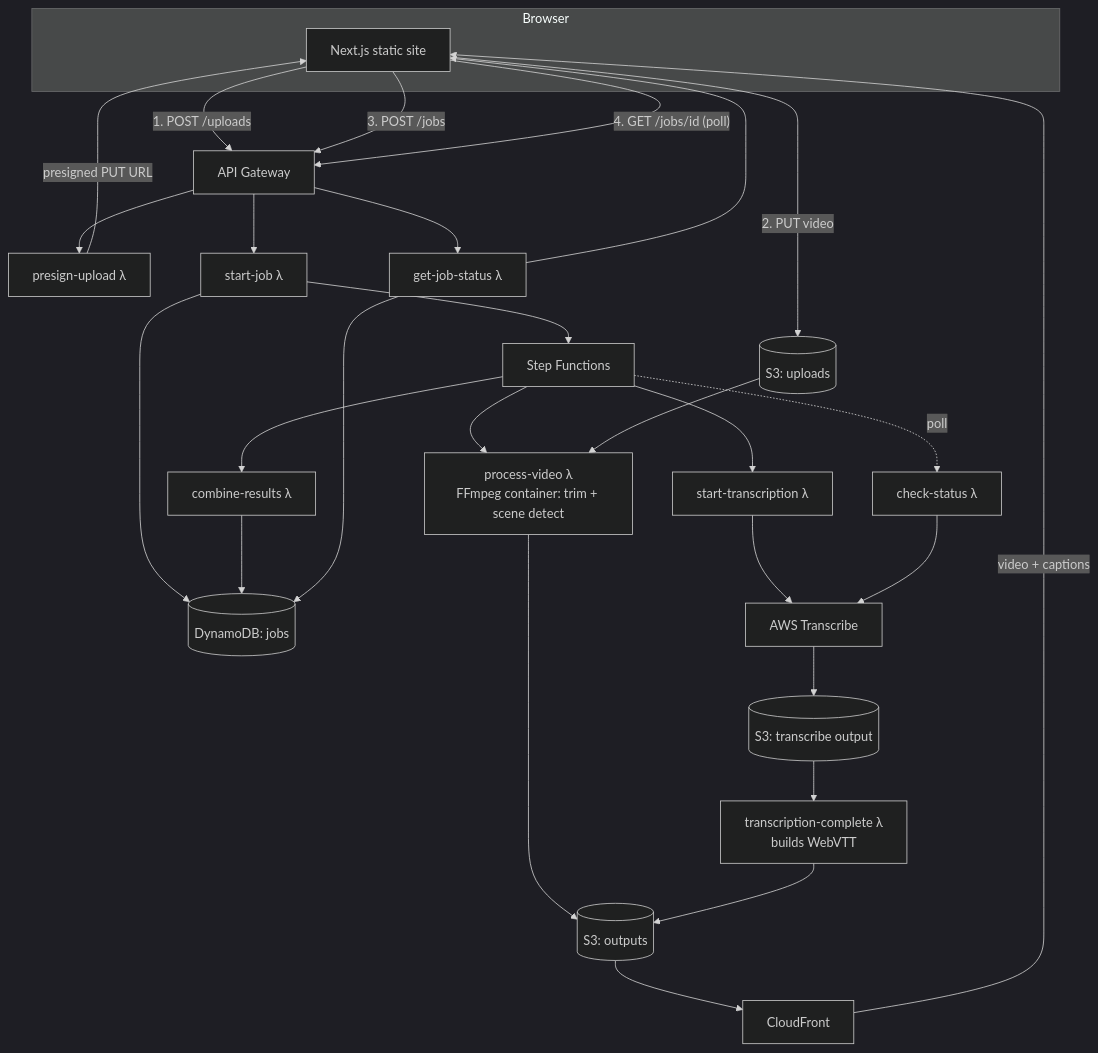
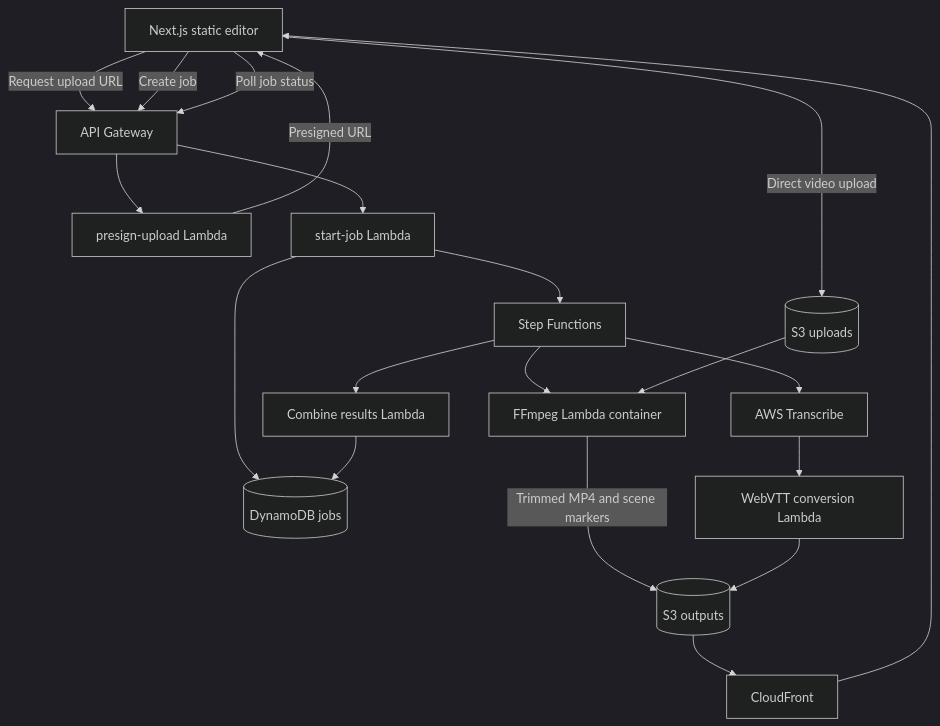
Before and after one commit to KrishTday/Cutmark: the diagram in README.md, drawn with Mermaid (dark theme). The commit also changed other lines of this file and 8 other files, not shown here.

````diff
--- a/README.md
+++ b/README.md
@@ -37,39 +32,22 @@
 ```mermaid
 flowchart TD
-    subgraph Browser
-        UI[Next.js static site]
-    end
-
-    UI -- "1. POST /uploads" --> API[API Gateway]
-    API --> Presign[presign-upload λ]
-    Presign -- presigned PUT URL --> UI
-    UI -- "2. PUT video" --> Uploads[(S3: uploads)]
-
-    UI -- "3. POST /jobs" --> API
-    API --> StartJob[start-job λ]
-    StartJob --> Jobs[(DynamoDB: jobs)]
-    StartJob --> SFN[Step Functions]
-
-    SFN --> Trim[process-video λ\nFFmpeg container: trim + scene detect]
-    Uploads --> Trim
-    Trim --> Outputs[(S3: outputs)]
-
-    SFN --> StartT[start-transcription λ]
-    StartT --> Transcribe[AWS Transcribe]
-    Transcribe --> TOut[(S3: transcribe output)]
-    SFN -. poll .-> CheckT[check-status λ]
-    CheckT --> Transcribe
-    TOut --> VTT[transcription-complete λ\nbuilds WebVTT]
-    VTT --> Outputs
-
-    SFN --> Combine[combine-results λ]
+    Browser[Next.js static editor] -->|Request upload URL| API[API Gateway]
+    API --> Presign[presign-upload Lambda]
+    Presign -->|Presigned URL| Browser
+    Browser -->|Direct video upload| Uploads[(S3 uploads)]
+    Browser -->|Create job| API
+    API --> Start[start-job Lambda]
+    Start --> Jobs[(DynamoDB jobs)]
+    Start --> SFN[Step Functions]
+    SFN --> Video[FFmpeg Lambda container]
+    Uploads --> Video
+    Video -->|Trimmed MP4 and scene markers| Output[(S3 outputs)]
+    SFN --> Transcribe[AWS Transcribe]
+    Transcribe --> VTT[WebVTT conversion Lambda]
+    VTT --> Output
+    SFN --> Combine[Combine results Lambda]
     Combine --> Jobs
-
-    UI -- "4. GET /jobs/id (poll)" --> API
-    API --> GetStatus[get-job-status λ]
-    GetStatus --> Jobs
-    GetStatus --> UI
-
-    Outputs --> CDN[CloudFront]
-    CDN -- video + captions --> UI
+    Browser -->|Poll job status| API
+    Output --> CDN[CloudFront]
+    CDN --> Browser
 ```
````
